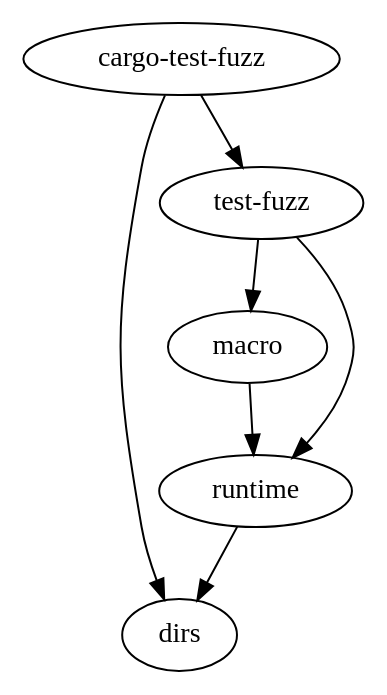
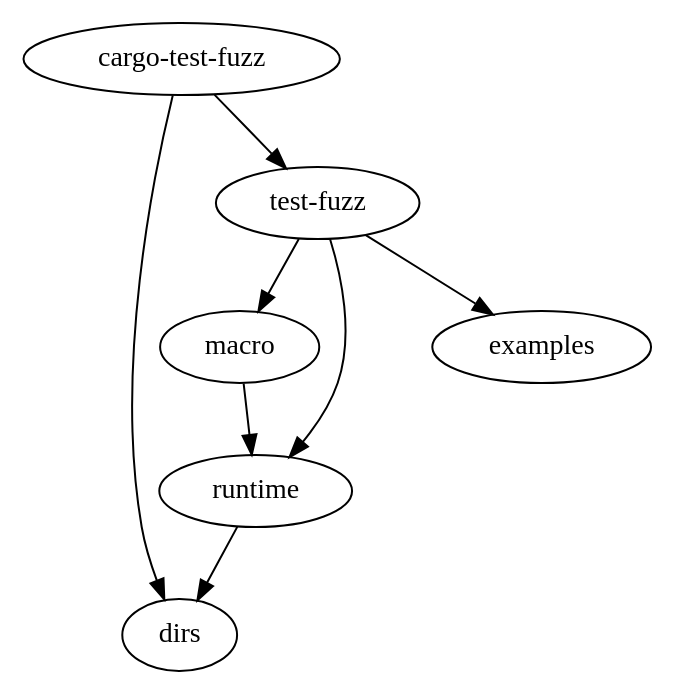
One commit to trailofbits/test-fuzz changed the diagram in doc/crates.dot. Above: the diagram before and after it, drawn with Graphviz. The commit also changed 2 other files, not shown here.

Commit message:
Make examples publishable

```diff
--- a/doc/crates.dot
+++ b/doc/crates.dot
@@ -1,8 +1,9 @@
 digraph {
     "cargo-test-fuzz" -> "dirs"
     "cargo-test-fuzz" -> "test-fuzz"
     "macro" -> "runtime"
     "runtime" -> "dirs"
+    "test-fuzz" -> "examples"
     "test-fuzz" -> "runtime"
     "test-fuzz" -> "macro"
 }
```
